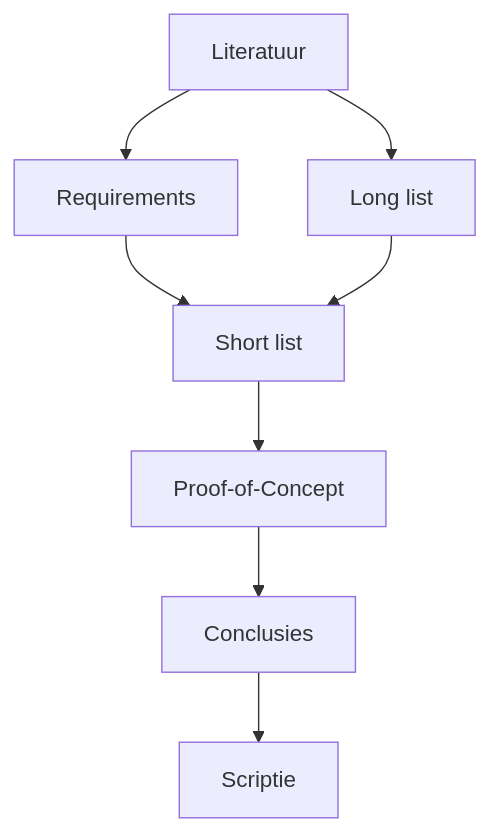
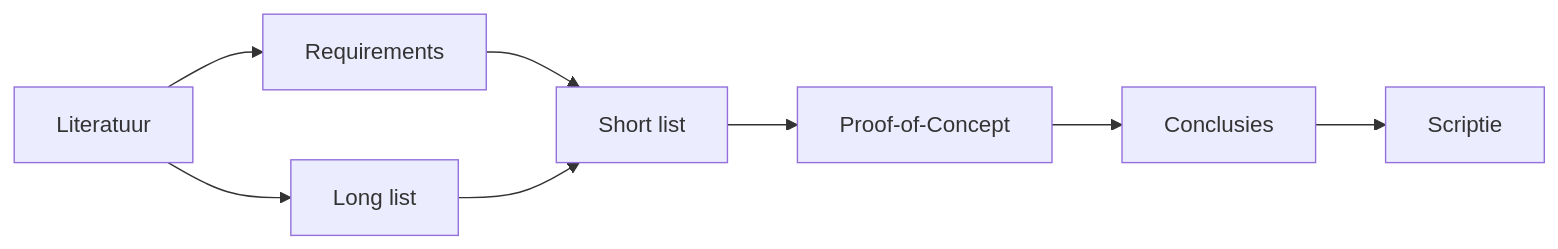
One commit to HoGentTIN/rm-paper changed the first of 2 diagrams in instructies/5-methodologie.md. Above: the diagram before and after it, drawn with Mermaid. The commit also changed other lines of this file and 4 other files, not shown here.

````diff
--- a/instructies/5-methodologie.md
+++ b/instructies/5-methodologie.md
@@ -29,10 +49,10 @@
 ```mermaid
-flowchart TD
+flowchart LR
     A[Literatuur] --> B[Requirements];
     A --> C[Long list];
     B --> D[Short list];
     C --> D;
     D --> E[Proof-of-Concept];
     E --> F[Conclusies];
     F --> G[Scriptie];
 ```
````
